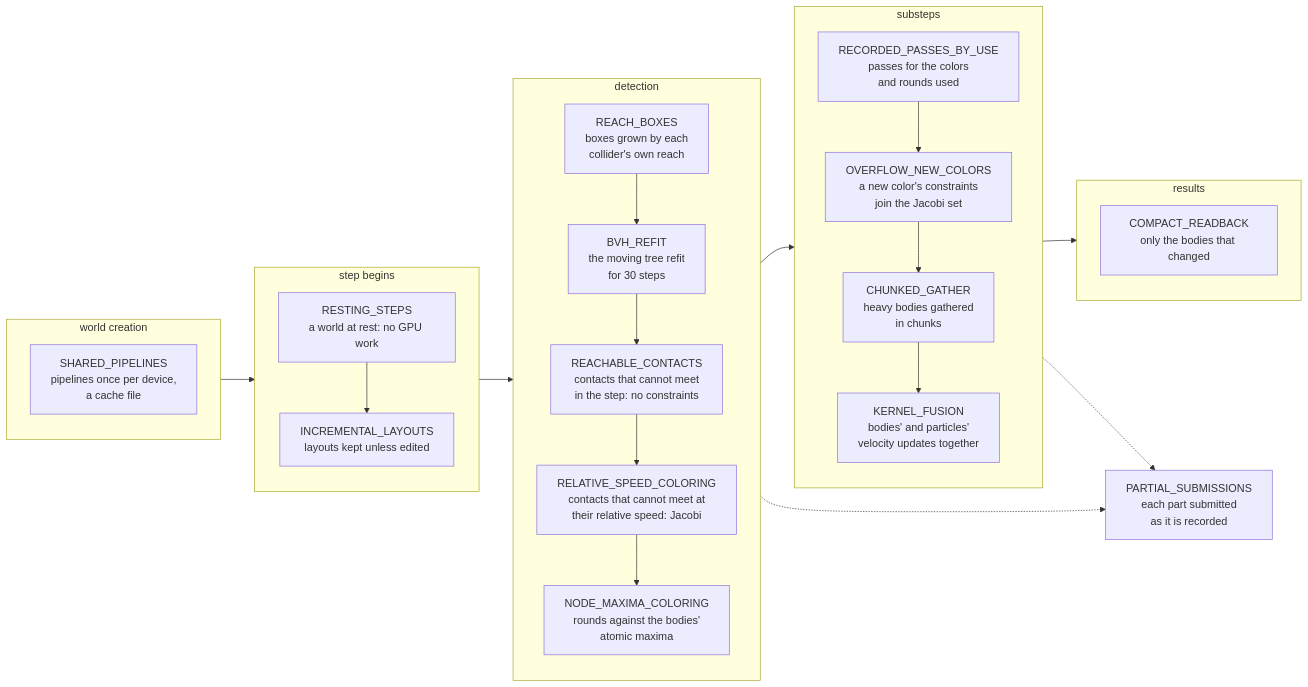
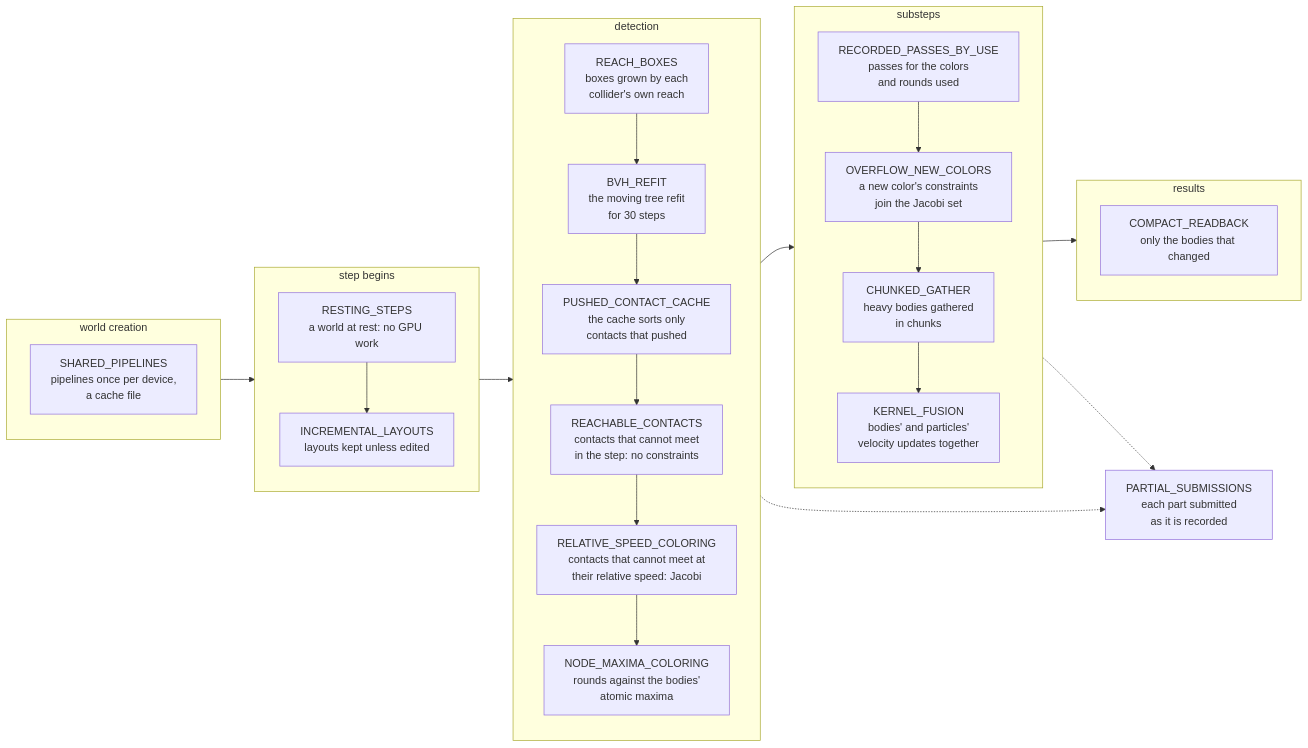
Diagram 40 of 41 in docs/architecture.md (bueno-mhc/gfx), drawn with Mermaid before and after one commit. The commit also changed other lines of this file and 14 other files, not shown here.

````diff
--- a/docs/architecture.md
+++ b/docs/architecture.md
@@ -1667,30 +1667,31 @@
 ```mermaid
 flowchart LR
     subgraph creation_stage["world creation"]
         shared_pipelines["SHARED_PIPELINES<br/>pipelines once per device,<br/>a cache file"]
     end
     subgraph begin_stage["step begins"]
         direction TB
         resting["RESTING_STEPS<br/>a world at rest: no GPU work"] --> layouts["INCREMENTAL_LAYOUTS<br/>layouts kept unless edited"]
     end
     subgraph detect_stage["detection"]
         direction TB
         reach["REACH_BOXES<br/>boxes grown by each<br/>collider's own reach"] --> refit["BVH_REFIT<br/>the moving tree refit<br/>for 30 steps"]
-        refit --> reachable["REACHABLE_CONTACTS<br/>contacts that cannot meet<br/>in the step: no constraints"]
+        refit --> pushed_cache["PUSHED_CONTACT_CACHE<br/>the cache sorts only<br/>contacts that pushed"]
+        pushed_cache --> reachable["REACHABLE_CONTACTS<br/>contacts that cannot meet<br/>in the step: no constraints"]
         reachable --> relative["RELATIVE_SPEED_COLORING<br/>contacts that cannot meet at<br/>their relative speed: Jacobi"]
         relative --> coloring_maxima["NODE_MAXIMA_COLORING<br/>rounds against the bodies'<br/>atomic maxima"]
     end
     subgraph substep_stage["substeps"]
         direction TB
         by_use["RECORDED_PASSES_BY_USE<br/>passes for the colors<br/>and rounds used"] --> new_colors["OVERFLOW_NEW_COLORS<br/>a new color's constraints<br/>join the Jacobi set"]
         new_colors --> chunks["CHUNKED_GATHER<br/>heavy bodies gathered<br/>in chunks"]
         chunks --> fusion["KERNEL_FUSION<br/>bodies' and particles'<br/>velocity updates together"]
     end
     subgraph result_stage["results"]
         compact["COMPACT_READBACK<br/>only the bodies that changed"]
     end
     parts["PARTIAL_SUBMISSIONS<br/>each part submitted<br/>as it is recorded"]
     creation_stage --> begin_stage --> detect_stage --> substep_stage --> result_stage
     detect_stage -.-> parts
     substep_stage -.-> parts
 ```
````
